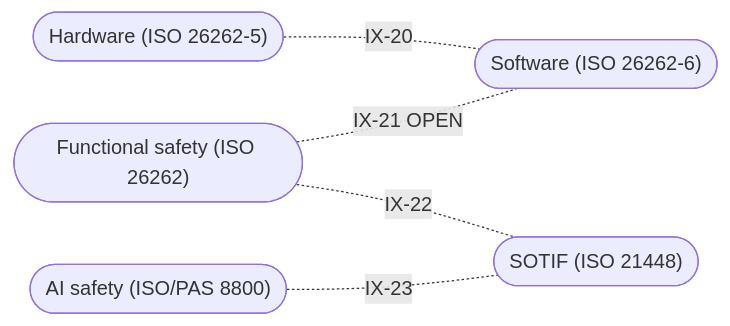
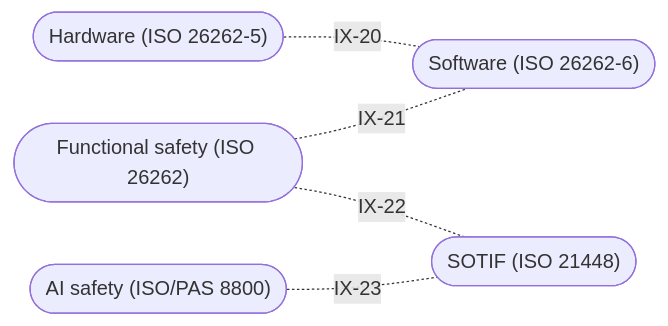
One commit to jherrodthomas/LionDriver changed the second of 2 diagrams in assurance/process/maps/g4-integration-and-verification.md. Above: the diagram before and after it, drawn with Mermaid. The commit also changed other lines of this file and 10 other files, not shown here.

````diff
--- a/assurance/process/maps/g4-integration-and-verification.md
+++ b/assurance/process/maps/g4-integration-and-verification.md
@@ -58,12 +58,12 @@
 ```mermaid
 flowchart LR
   fusa(["Functional safety (ISO 26262)"])
   hw(["Hardware (ISO 26262-5)"])
   sw(["Software (ISO 26262-6)"])
   sotif(["SOTIF (ISO 21448)"])
   ai(["AI safety (ISO/PAS 8800)"])
   hw -. "IX-20" .- sw
-  fusa -. "IX-21 OPEN" .- sw
+  fusa -. "IX-21" .- sw
   fusa -. "IX-22" .- sotif
   ai -. "IX-23" .- sotif
 ```
````
